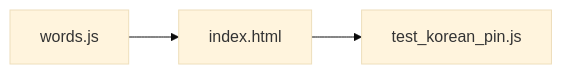
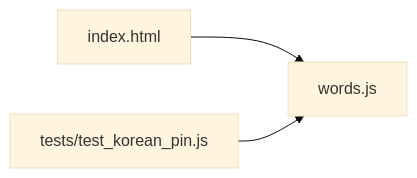
The diagram in docs/2_SYSTEM_ARCHITECTURE.md (cptntrps/korean-word-of-the-day), drawn with Mermaid (base theme) before and after one commit. The commit also changed other lines of this file and 5 other files, not shown here.

````diff
--- a/docs/2_SYSTEM_ARCHITECTURE.md
+++ b/docs/2_SYSTEM_ARCHITECTURE.md
@@ -43,5 +43,9 @@
 ```mermaid
 graph LR
-    words_js[words.js] --> index_html[index.html]
-    index_html --> tests[test_korean_pin.js]
+    index["index.html"]
+    words["words.js"]
+    tests["tests/test_korean_pin.js"]
+
+    index --> words
+    tests --> words
 ```
````
